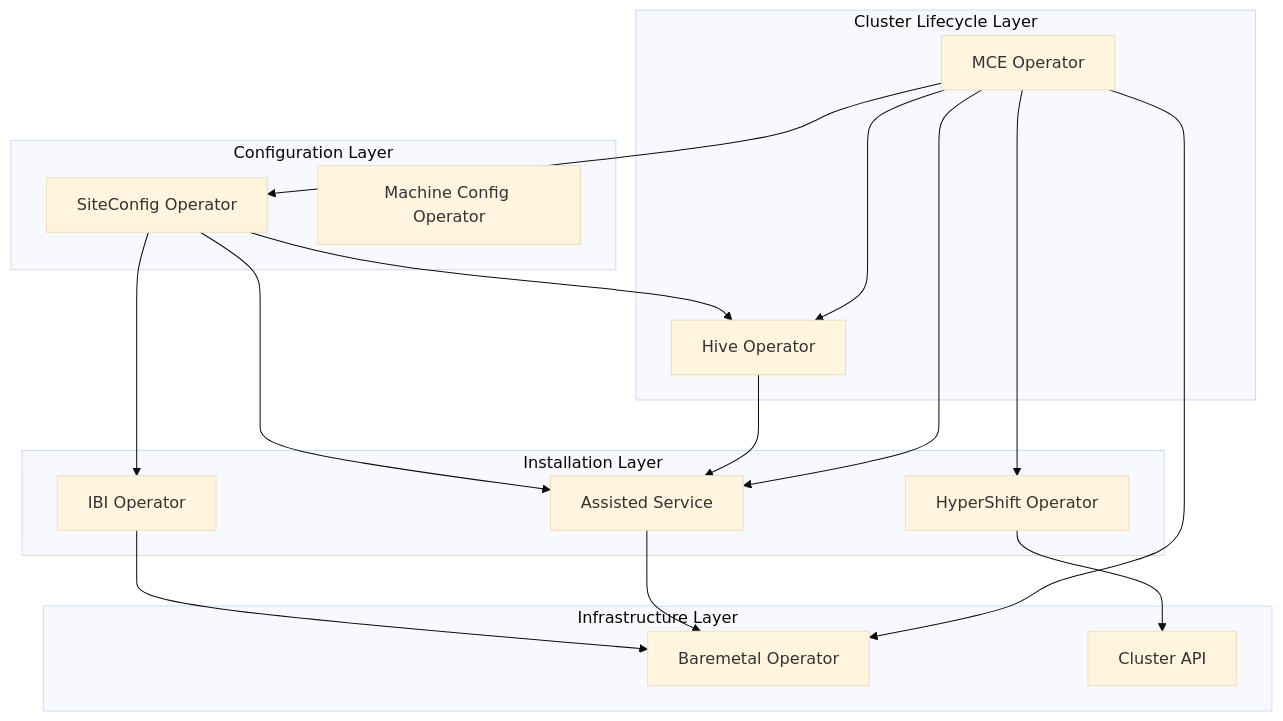
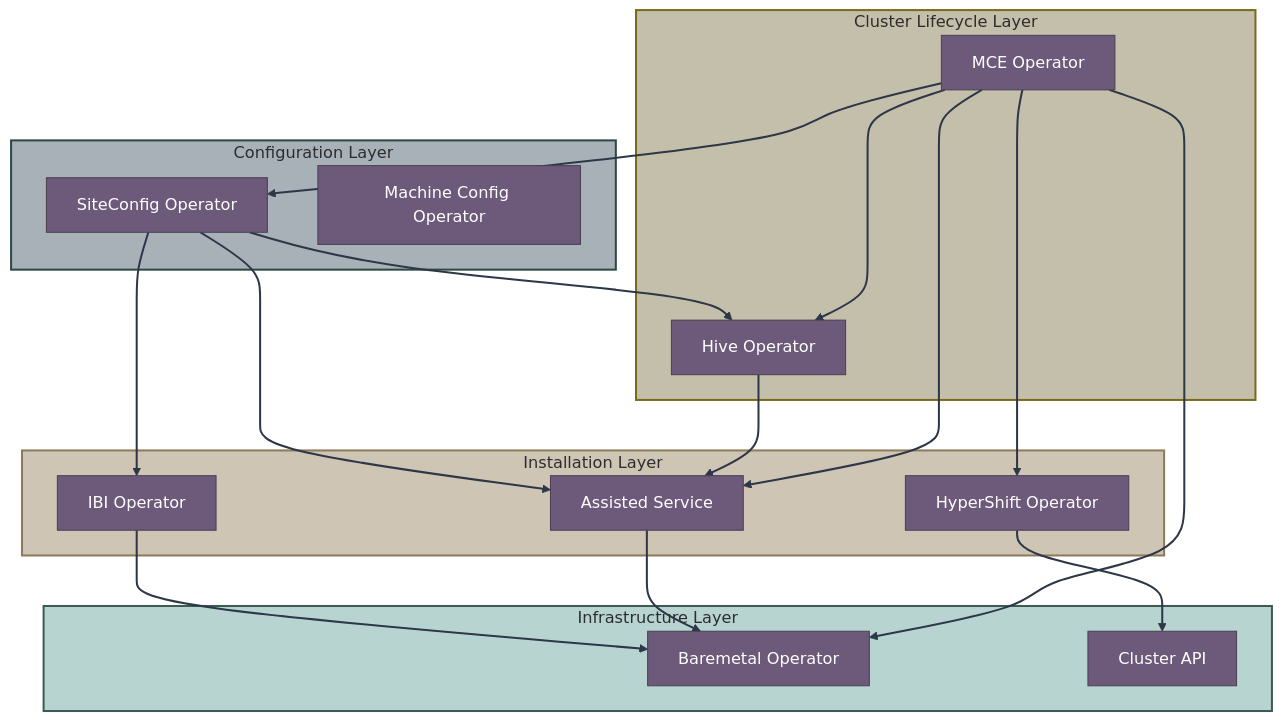
Before and after one commit to zszabo-rh/openshift-install-guide: the second of 7 diagrams in 07-operators-controllers/overview.md, drawn with Mermaid (base theme). The commit also changed other lines of this file and 16 other files, not shown here.

Commit message:
improved diagram style

````diff
--- a/07-operators-controllers/overview.md
+++ b/07-operators-controllers/overview.md
@@ -36,38 +50,55 @@
 ```mermaid
 graph TB
-    subgraph "Cluster Lifecycle Layer"
+    subgraph lifecycle["Cluster Lifecycle Layer"]
         MCE[MCE Operator]
         HIVE[Hive Operator]
     end
     
-    subgraph "Installation Layer"
+    subgraph installation["Installation Layer"]
         ASSISTED[Assisted Service]
         IBI_OP[IBI Operator]
         HYPERSHIFT[HyperShift Operator]
     end
     
-    subgraph "Infrastructure Layer"
+    subgraph infra["Infrastructure Layer"]
         BMO[Baremetal Operator]
         CAPI[Cluster API]
     end
     
-    subgraph "Configuration Layer"
+    subgraph config["Configuration Layer"]
         SITECONFIG[SiteConfig Operator]
         MCO[Machine Config Operator]
     end
     
     MCE --> HIVE
     MCE --> ASSISTED
     MCE --> BMO
     MCE --> HYPERSHIFT
     MCE --> SITECONFIG
     
     HIVE --> ASSISTED
     ASSISTED --> BMO
     IBI_OP --> BMO
     HYPERSHIFT --> CAPI
     
     SITECONFIG --> HIVE
     SITECONFIG --> ASSISTED
     SITECONFIG --> IBI_OP
+    
+    style MCE fill:#6d597a,stroke:#4a3f50,color:#fff
+    style HIVE fill:#6d597a,stroke:#4a3f50,color:#fff
+    style ASSISTED fill:#6d597a,stroke:#4a3f50,color:#fff
+    style IBI_OP fill:#6d597a,stroke:#4a3f50,color:#fff
+    style HYPERSHIFT fill:#6d597a,stroke:#4a3f50,color:#fff
+    style BMO fill:#6d597a,stroke:#4a3f50,color:#fff
+    style CAPI fill:#6d597a,stroke:#4a3f50,color:#fff
+    style SITECONFIG fill:#6d597a,stroke:#4a3f50,color:#fff
+    style MCO fill:#6d597a,stroke:#4a3f50,color:#fff
+    
+    style lifecycle fill:#c4bfaa,stroke:#7a6a1a,stroke-width:2px,color:#2d2d2d
+    style installation fill:#cfc5b5,stroke:#8d7a5a,stroke-width:2px,color:#2d2d2d
+    style infra fill:#b8d4d0,stroke:#3d5a52,stroke-width:2px,color:#2d2d2d
+    style config fill:#a8b0b8,stroke:#2d4a42,stroke-width:2px,color:#2d2d2d
+    
+    linkStyle default stroke:#2d3748,stroke-width:2px
 ```
````
